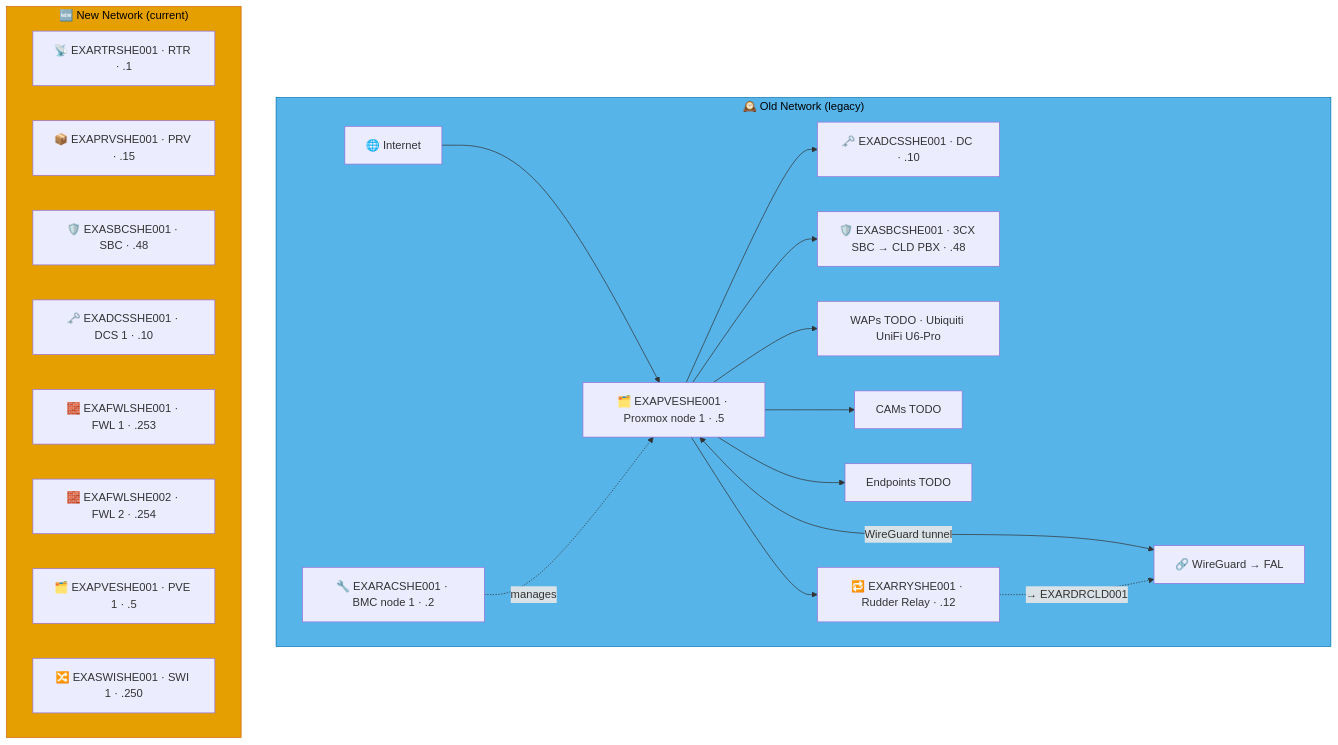
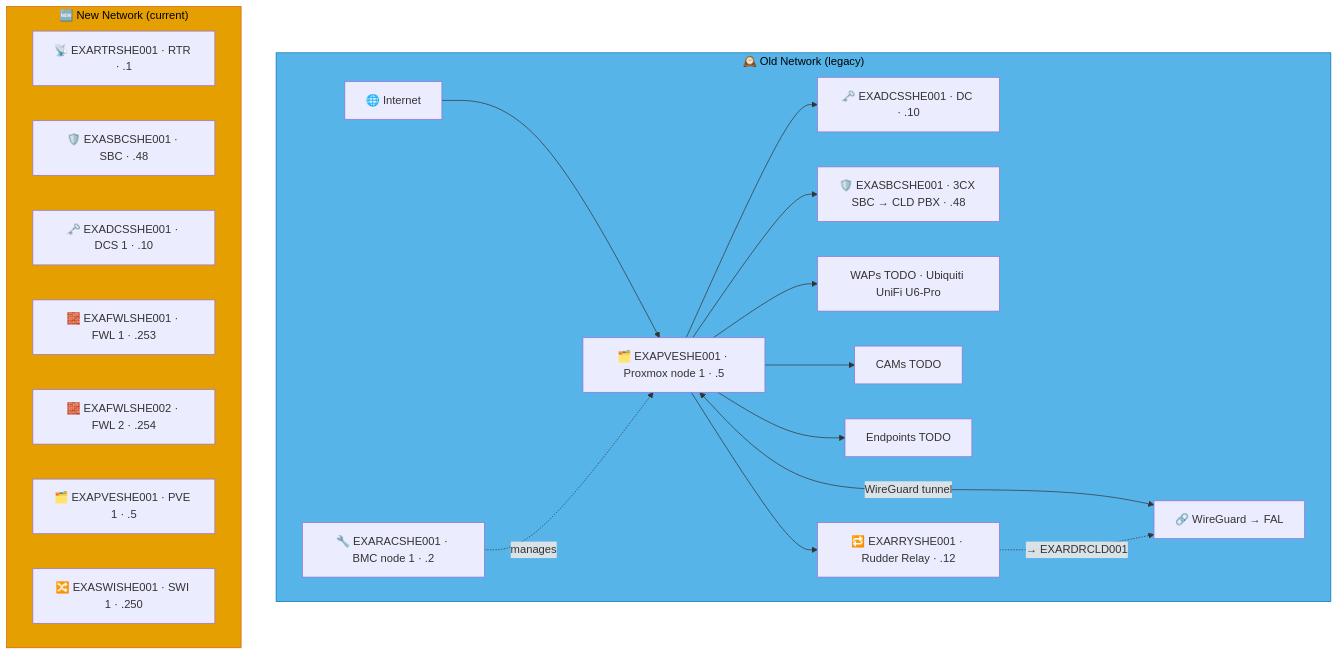
Before and after one commit to knightmare2600/example_music_infra: the sixth of 9 diagrams in docs/network-diagram/england.md, drawn with Mermaid. The commit also changed other lines of this file and 55 other files, not shown here.

````diff
--- a/docs/network-diagram/england.md
+++ b/docs/network-diagram/england.md
@@ -318,37 +313,36 @@
 ```mermaid
 graph TD
     subgraph OLD_SHE ["🕰️ Old Network (legacy)"]
       INET["🌐 Internet"]
       RAC["🔧 EXARACSHE001 · BMC node 1 · .2"]
       PVE["🗂️ EXAPVESHE001 · Proxmox node 1 · .5"]
       DC["🗝️ EXADCSSHE001 · DC · .10"]
       SBC["🛡️ EXASBCSHE001 · 3CX SBC → CLD PBX · .48"]
       RRY["🔁 EXARRYSHE001 · Rudder Relay · .12"]
       WAP["WAPs TODO · Ubiquiti UniFi U6-Pro"]
       CAM["CAMs TODO"]
       EP["Endpoints TODO"]
       VPN["🔗 WireGuard → FAL"]
 
       INET --> PVE --> DC & SBC
       RAC -.->|"manages"| PVE
       PVE --> WAP & CAM & EP
       PVE <-->|"WireGuard tunnel"| VPN
 
       PVE --> RRY
       RRY -. "→ EXARDRCLD001" .-> VPN
     end
     style OLD_SHE fill:#56B4E9,stroke:#0072B2,color:#000000
     %% GENERATED:NEW-NETWORK:SHE:START
     subgraph NEW_SHE ["🆕 New Network (current)"]
       N_RTR["📡 EXARTRSHE001 · RTR · .1"]
-      N_PRV["📦 EXAPRVSHE001 · PRV · .15"]
       N_SBC["🛡️ EXASBCSHE001 · SBC · .48"]
       N_DCS["🗝️ EXADCSSHE001 · DCS 1 · .10"]
       N_FWL["🧱 EXAFWLSHE001 · FWL 1 · .253"]
       N_FWL2["🧱 EXAFWLSHE002 · FWL 2 · .254"]
       N_PVE["🗂️ EXAPVESHE001 · PVE 1 · .5"]
       N_SWI["🔀 EXASWISHE001 · SWI 1 · .250"]
     end
     style NEW_SHE fill:#E69F00,stroke:#D55E00,color:#000000
     %% GENERATED:NEW-NETWORK:SHE:END
 ```
````
